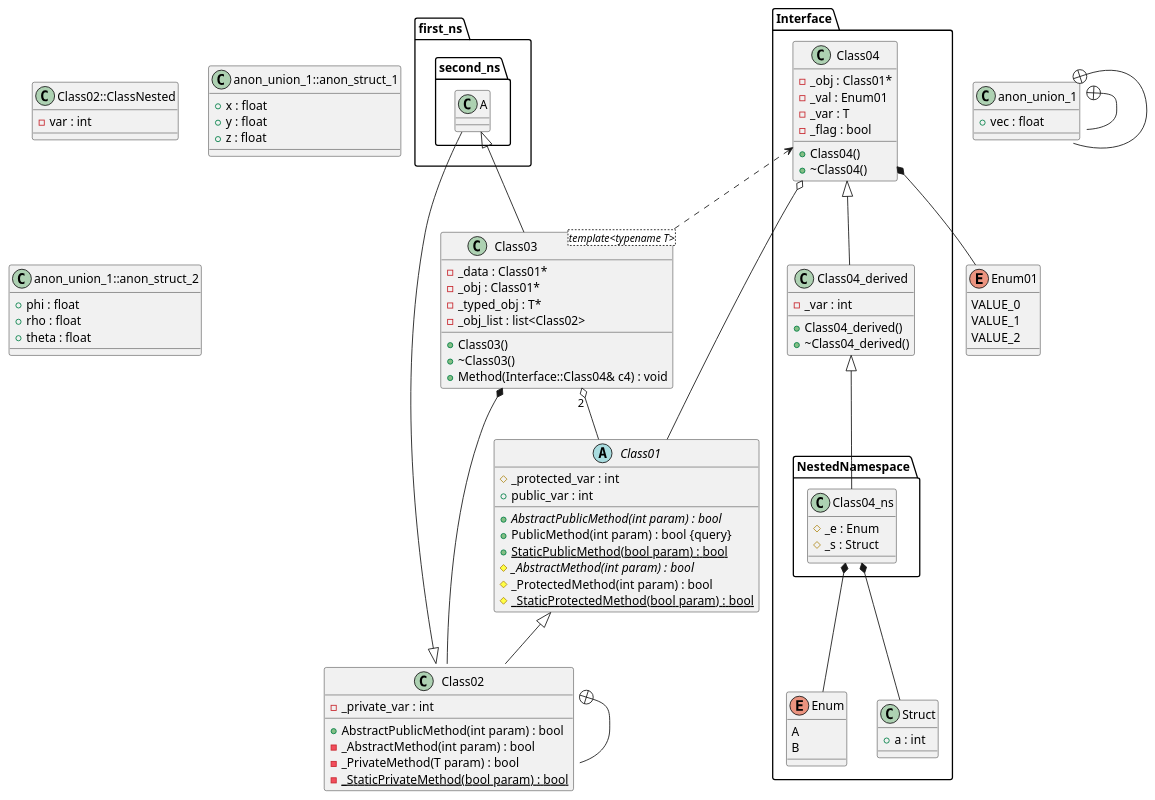
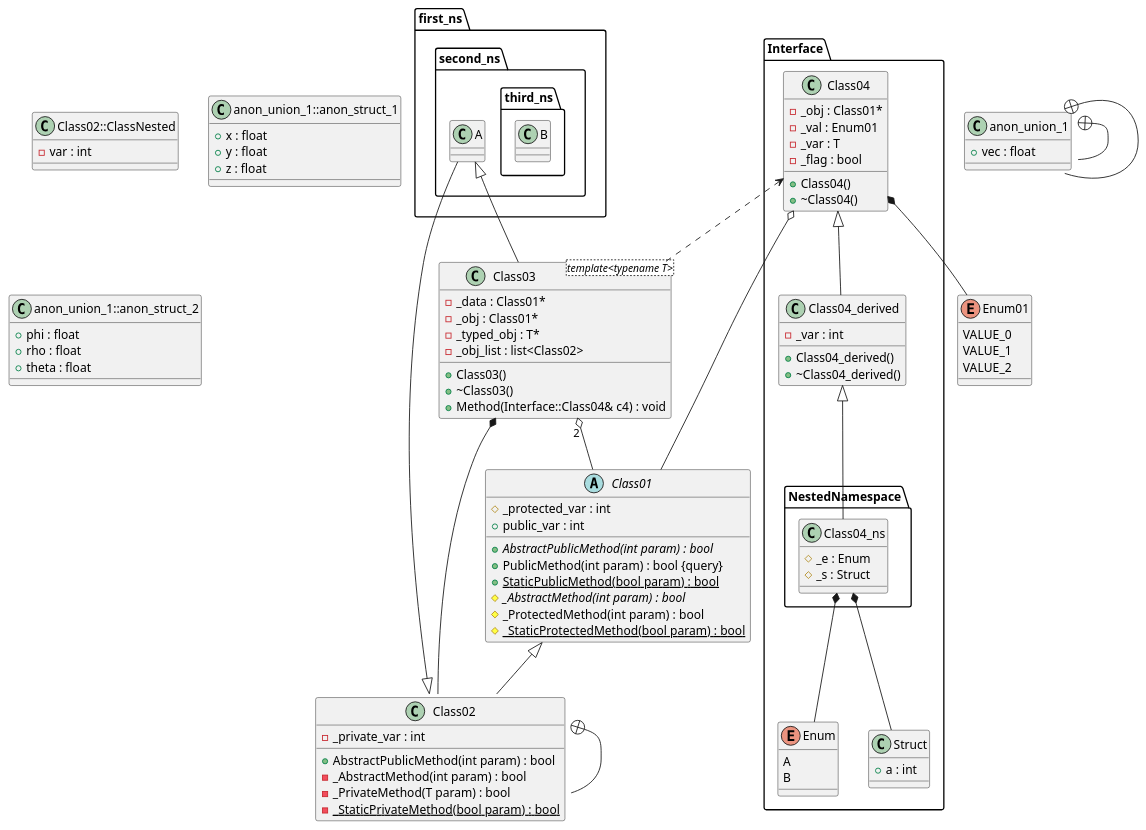
One commit to thibaultmarin/hpp2plantuml changed the second of 4 diagrams in hpp2plantuml.org. Above: the diagram before and after it, drawn with PlantUML. The commit also changed other lines of this file and 4 other files, not shown here.

```diff
--- a/hpp2plantuml.org
+++ b/hpp2plantuml.org
@@ -2653,6 +2657,11 @@
 namespace first_ns {
 	namespace second_ns {
 		class A {
+		}
+
+		namespace third_ns {
+			class B {
+			}
 		}
 	}
 }
```
